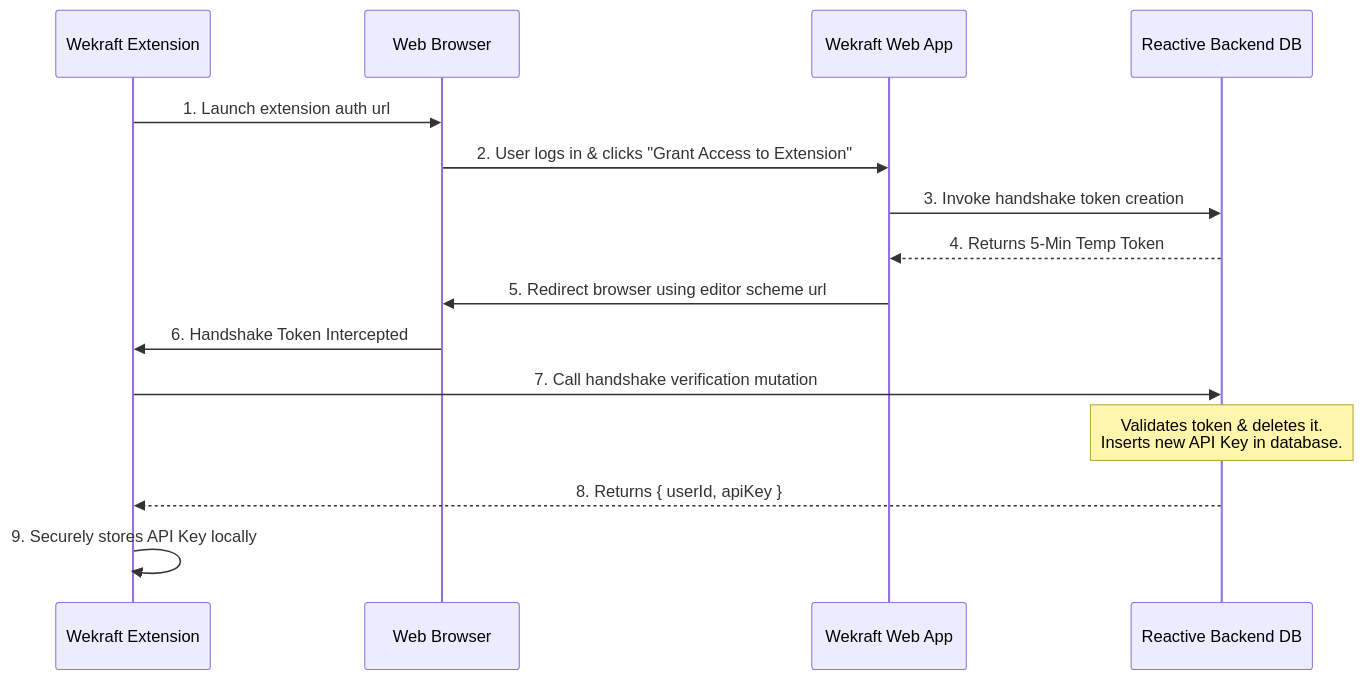
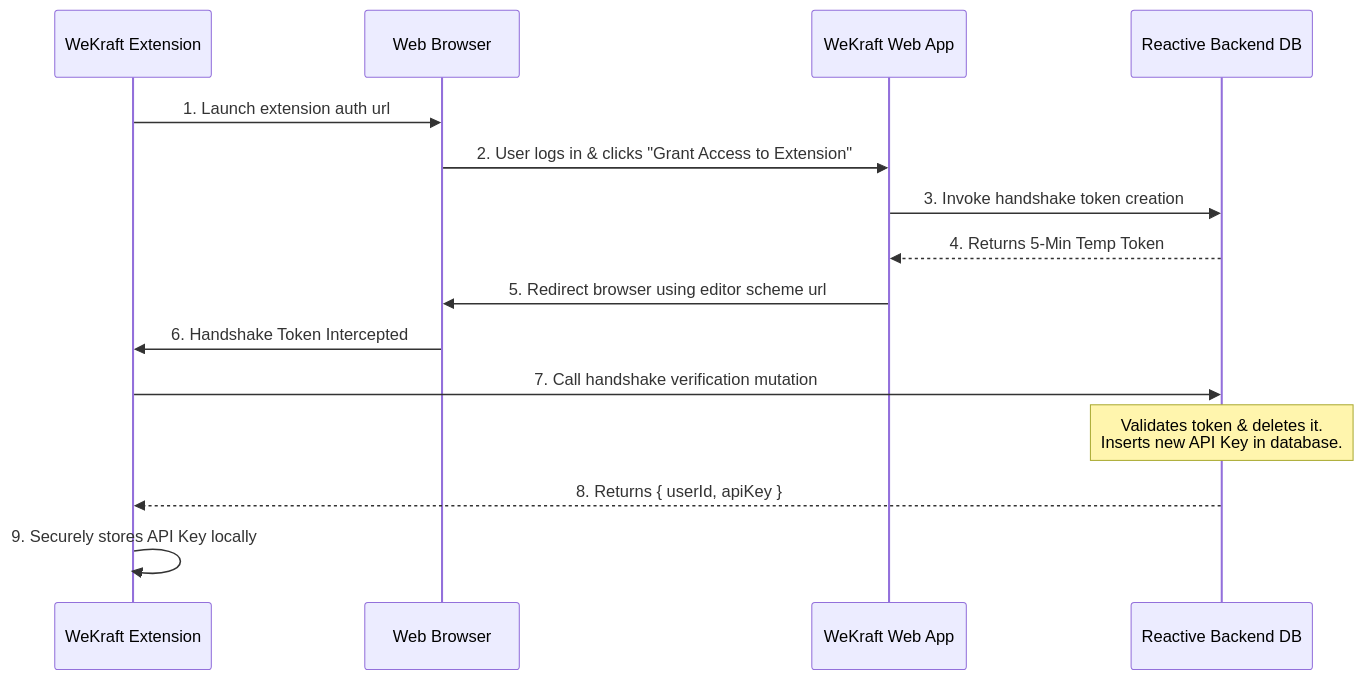
Before and after one commit to Wekraft-collaboration-platform/wekraft-saas: the diagram in src/content/docs/extension.md, drawn with Mermaid. The commit also changed other lines of this file and 71 other files, not shown here.

Commit message:
wekraft to WeKraft

````diff
--- a/src/content/docs/extension.md
+++ b/src/content/docs/extension.md
@@ -68,18 +68,18 @@
 ```mermaid
 sequenceDiagram
-    participant Editor as Wekraft Extension
+    participant Editor as WeKraft Extension
     participant Browser as Web Browser
-    participant WekraftWeb as Wekraft Web App
+    participant WekraftWeb as WeKraft Web App
     participant Backend as Reactive Backend DB
 
     Editor->>Browser: 1. Launch extension auth url
     Browser->>WekraftWeb: 2. User logs in & clicks "Grant Access to Extension"
     WekraftWeb->>Backend: 3. Invoke handshake token creation
     Backend-->>WekraftWeb: 4. Returns 5-Min Temp Token
     WekraftWeb->>Browser: 5. Redirect browser using editor scheme url
     Browser->>Editor: 6. Handshake Token Intercepted
     Editor->>Backend: 7. Call handshake verification mutation
     Note over Backend: Validates token & deletes it.<br/>Inserts new API Key in database.
     Backend-->>Editor: 8. Returns { userId, apiKey }
     Editor->>Editor: 9. Securely stores API Key locally
 ```
````
